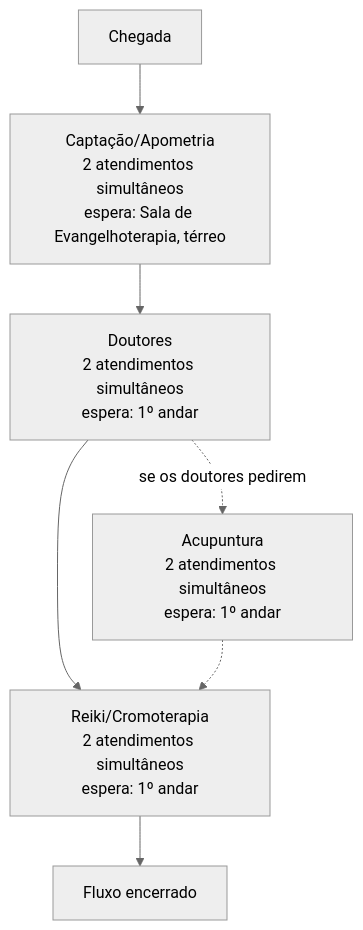
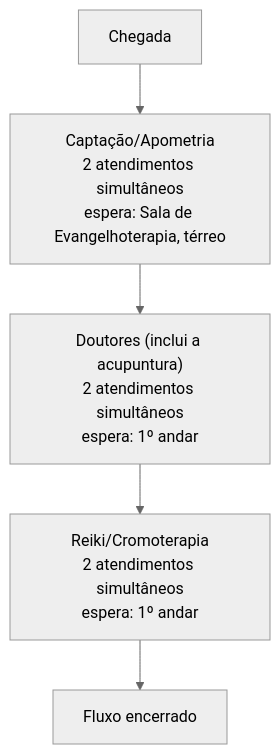
One commit to ZeRobertoMagalhaes/Gelf_Painel-chamadas-tv-filas changed the first of 4 diagrams in docs/fluxos/5-bio.md. Above: the diagram before and after it, drawn with Mermaid (neutral theme). The commit also changed other lines of this file and 70 other files, not shown here.

First line of the commit message:
Bio: acupuntura incorporada aos Doutores, relatório do atendimento em PDF e aviso dos prioritários

````diff
--- a/docs/fluxos/5-bio.md
+++ b/docs/fluxos/5-bio.md
@@ -17,9 +17,7 @@
 ```mermaid
 flowchart TD
     A[Chegada] --> B[Captação/Apometria<br/>2 atendimentos simultâneos<br/>espera: Sala de Evangelhoterapia, térreo]
-    B --> C[Doutores<br/>2 atendimentos simultâneos<br/>espera: 1º andar]
-    C -.->|se os doutores pedirem| E[Acupuntura<br/>2 atendimentos simultâneos<br/>espera: 1º andar]
+    B --> C["Doutores (inclui a acupuntura)<br/>2 atendimentos simultâneos<br/>espera: 1º andar"]
     C --> D[Reiki/Cromoterapia<br/>2 atendimentos simultâneos<br/>espera: 1º andar]
-    E -.-> D
     D --> F[Fluxo encerrado]
 ```
````
